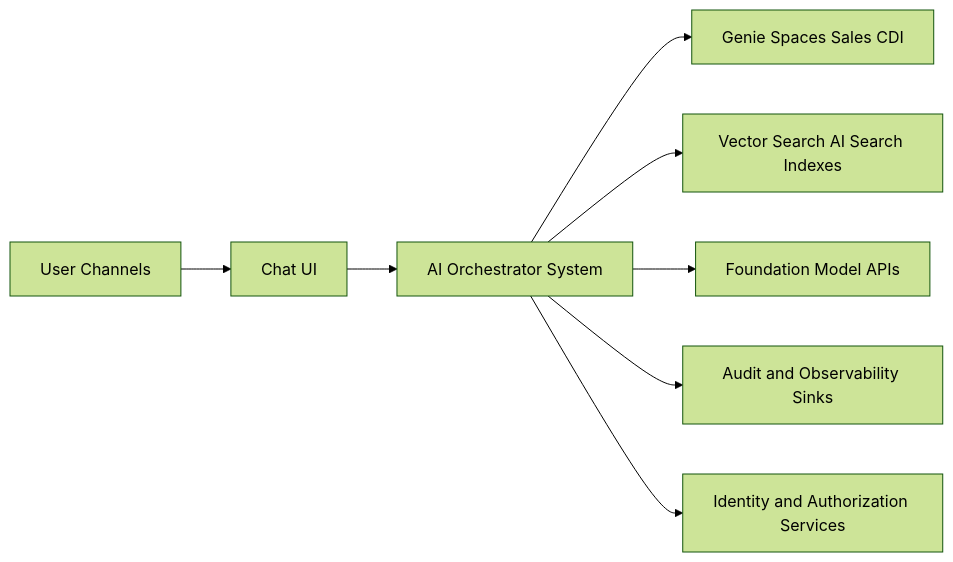
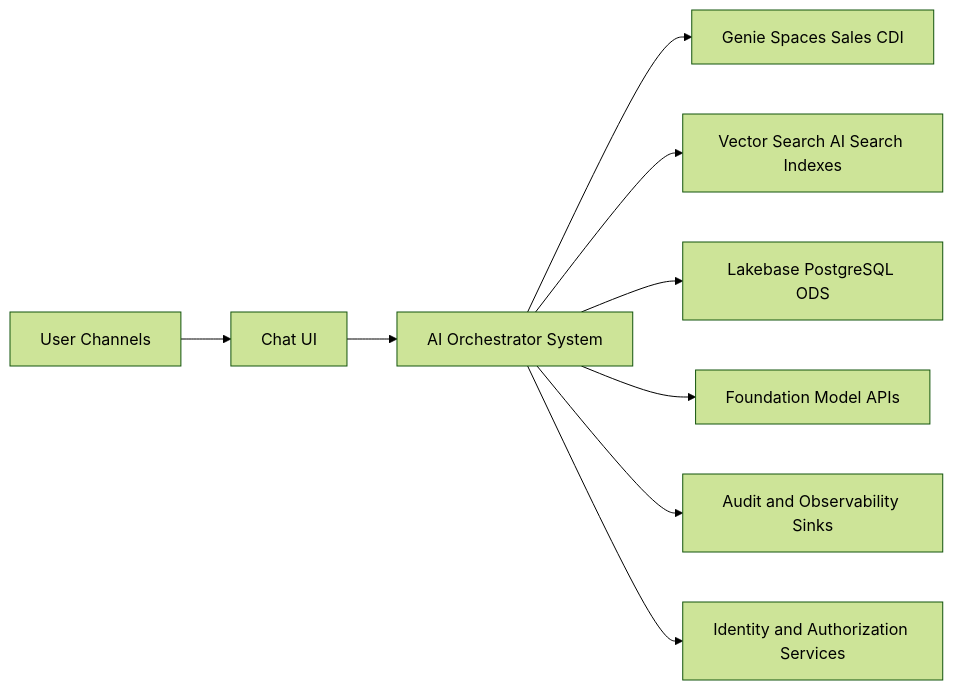
The third of 4 diagrams in docs/architecture/design-artifacts/01-concept-high-level.md (wchen-dea/Governed-Multi-Agent-Intelligence-on-Databricks), drawn with Mermaid (forest theme) before and after one commit. The commit also changed 9 other files, not shown here.

````diff
--- a/docs/architecture/design-artifacts/01-concept-high-level.md
+++ b/docs/architecture/design-artifacts/01-concept-high-level.md
@@ -42,10 +42,11 @@
 ```mermaid
 flowchart LR
     User[User Channels] --> UI[Chat UI]
     UI --> AISYS[AI Orchestrator System]
     AISYS --> Genie[Genie Spaces Sales CDI]
     AISYS --> VS[Vector Search AI Search Indexes]
+    AISYS --> LB[Lakebase PostgreSQL ODS]
     AISYS --> Models[Foundation Model APIs]
     AISYS --> Audit[Audit and Observability Sinks]
     AISYS --> Identity[Identity and Authorization Services]
 ```
````
